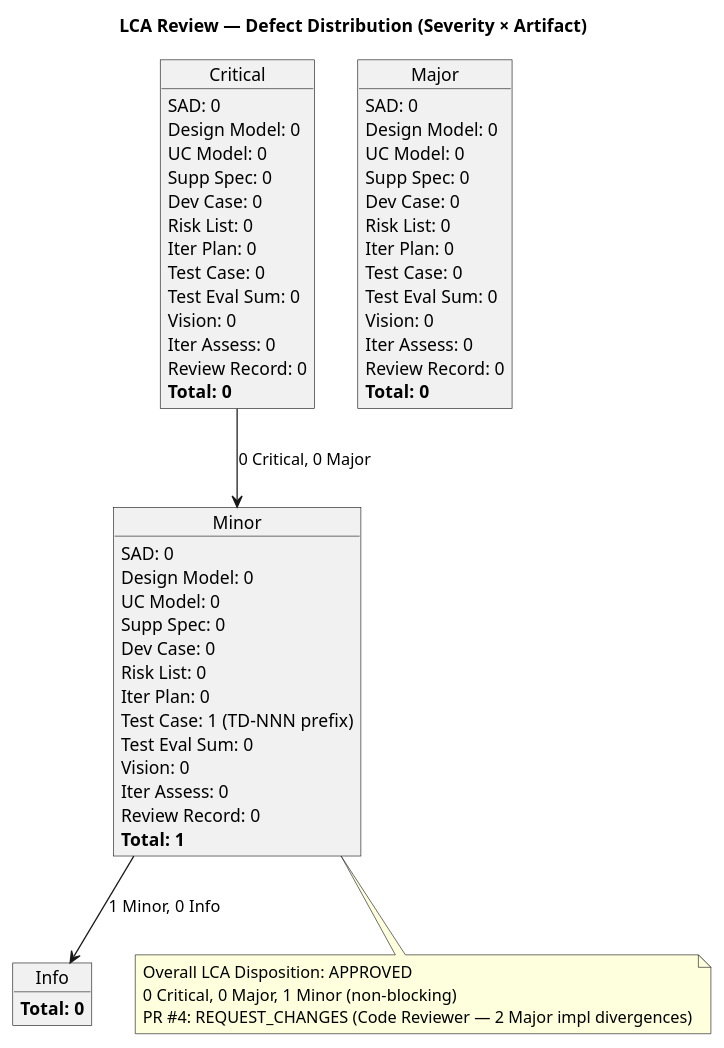
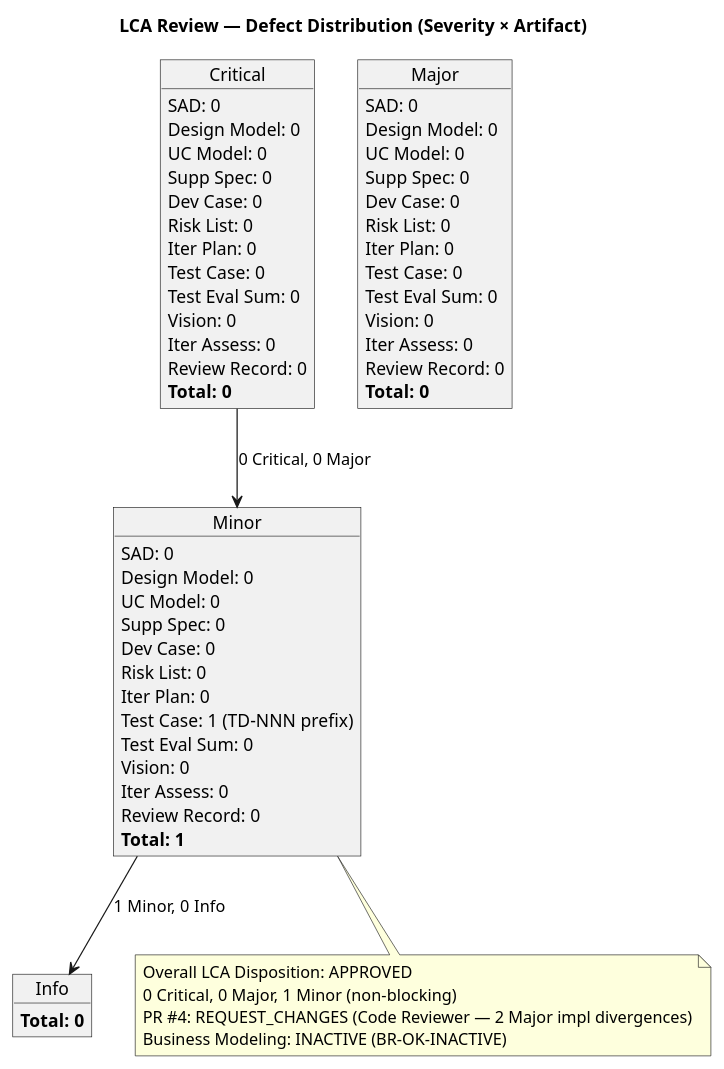
One commit to banense-test/portal-cuba-corp changed the third of 3 diagrams in docs/artifacts/project-management/review-record.md. Above: the diagram before and after it, drawn with PlantUML. The commit also changed other lines of this file, not shown here.

First line of the commit message:
Business Reviewer [E1]: upsert Review Record

````diff
--- a/docs/artifacts/project-management/review-record.md
+++ b/docs/artifacts/project-management/review-record.md
@@ -210,69 +296,70 @@
 ```plantuml
 @startuml
 title LCA Review — Defect Distribution (Severity × Artifact)
 
 skinparam classAttributeIconSize 0
 
 object "Critical" as CR {
   SAD: 0
   Design Model: 0
   UC Model: 0
   Supp Spec: 0
   Dev Case: 0
   Risk List: 0
   Iter Plan: 0
   Test Case: 0
   Test Eval Sum: 0
   Vision: 0
   Iter Assess: 0
   Review Record: 0
   **Total: 0**
 }
 
 object "Major" as MA {
   SAD: 0
   Design Model: 0
   UC Model: 0
   Supp Spec: 0
   Dev Case: 0
   Risk List: 0
   Iter Plan: 0
   Test Case: 0
   Test Eval Sum: 0
   Vision: 0
   Iter Assess: 0
   Review Record: 0
   **Total: 0**
 }
 
 object "Minor" as MI {
   SAD: 0
   Design Model: 0
   UC Model: 0
   Supp Spec: 0
   Dev Case: 0
   Risk List: 0
   Iter Plan: 0
   Test Case: 1 (TD-NNN prefix)
   Test Eval Sum: 0
   Vision: 0
   Iter Assess: 0
   Review Record: 0
   **Total: 1**
 }
 
 object "Info" as IN {
   **Total: 0**
 }
 
 CR --> MI : 0 Critical, 0 Major
 MI --> IN : 1 Minor, 0 Info
 
 note bottom of MI
   Overall LCA Disposition: APPROVED
   0 Critical, 0 Major, 1 Minor (non-blocking)
   PR #4: REQUEST_CHANGES (Code Reviewer — 2 Major impl divergences)
+  Business Modeling: INACTIVE (BR-OK-INACTIVE)
 end note
 
 @enduml
 ```
````
